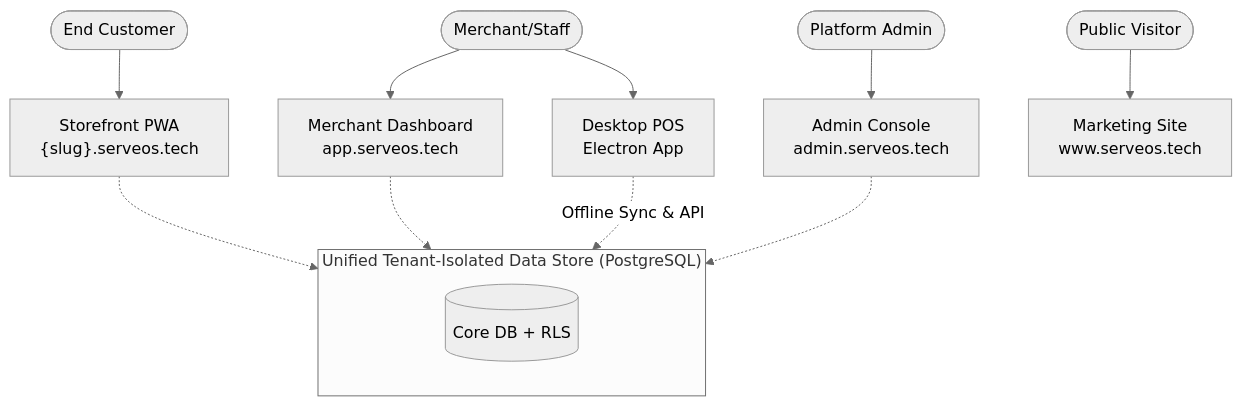
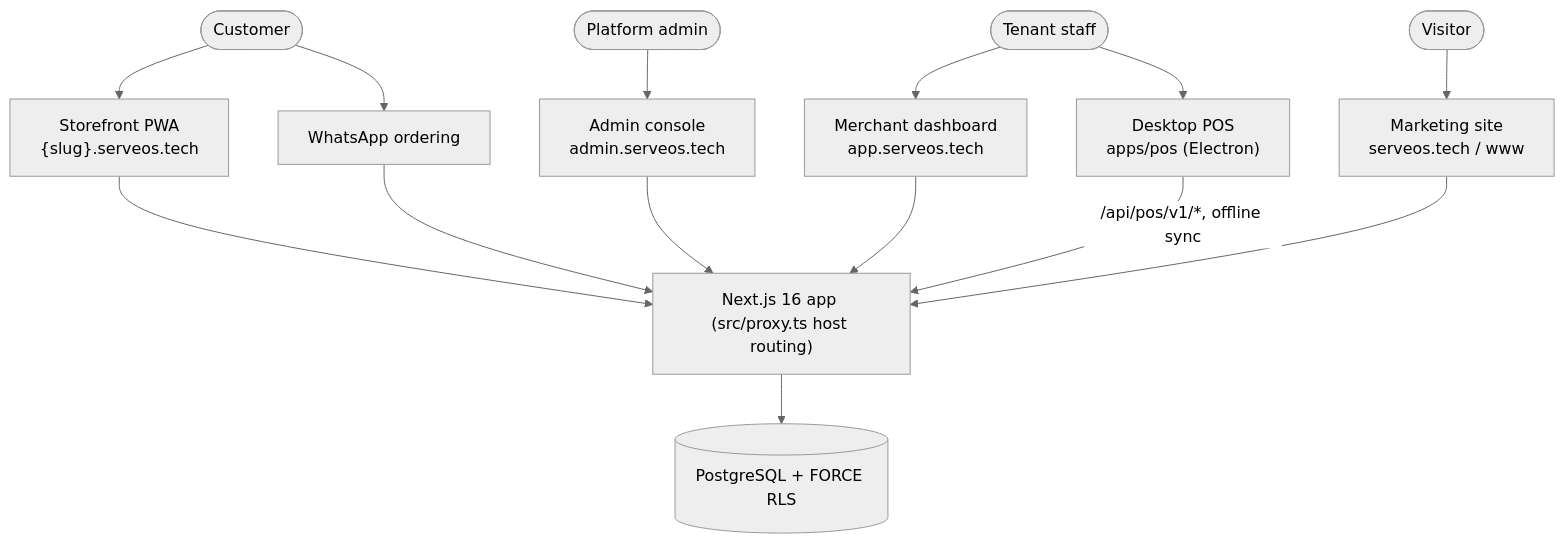
One commit to Ai-NativeLab/ServeOs changed the diagram in docs/README.md. Above: the diagram before and after it, drawn with Mermaid (neutral theme). The commit also changed other lines of this file and 1 other file, not shown here.

````diff
--- a/docs/README.md
+++ b/docs/README.md
@@ -17,17 +15,17 @@
 ```mermaid
 flowchart TD
-    User([End Customer]) --> PWA["Storefront PWA\n{slug}.serveos.tech"]
-    Merchant([Merchant/Staff]) --> Dash["Merchant Dashboard\napp.serveos.tech"]
-    Merchant --> POS["Desktop POS\nElectron App"]
-    Admin([Platform Admin]) --> Console["Admin Console\nadmin.serveos.tech"]
-    Visitor([Public Visitor]) --> Mkt["Marketing Site\nwww.serveos.tech"]
-    
-    PWA -.-> Core
-    Dash -.-> Core
-    POS -.->|Offline Sync & API| Core
-    Console -.-> Core
-    
-    subgraph Core ["Unified Tenant-Isolated Data Store (PostgreSQL)"]
-        DB[(Core DB + RLS)]
-    end
+    Customer([Customer]) --> SF["Storefront PWA<br/>{slug}.serveos.tech"]
+    Customer --> WA["WhatsApp ordering"]
+    Staff([Tenant staff]) --> Dash["Merchant dashboard<br/>app.serveos.tech"]
+    Staff --> POS["Desktop POS<br/>apps/pos (Electron)"]
+    Admin([Platform admin]) --> Console["Admin console<br/>admin.serveos.tech"]
+    Visitor([Visitor]) --> Mkt["Marketing site<br/>serveos.tech / www"]
+
+    SF --> App
+    WA --> App
+    Dash --> App
+    Console --> App
+    Mkt --> App
+    POS -->|/api/pos/v1/*, offline sync| App
+    App["Next.js 16 app (src/proxy.ts host routing)"] --> DB[("PostgreSQL + FORCE RLS")]
 ```
````
